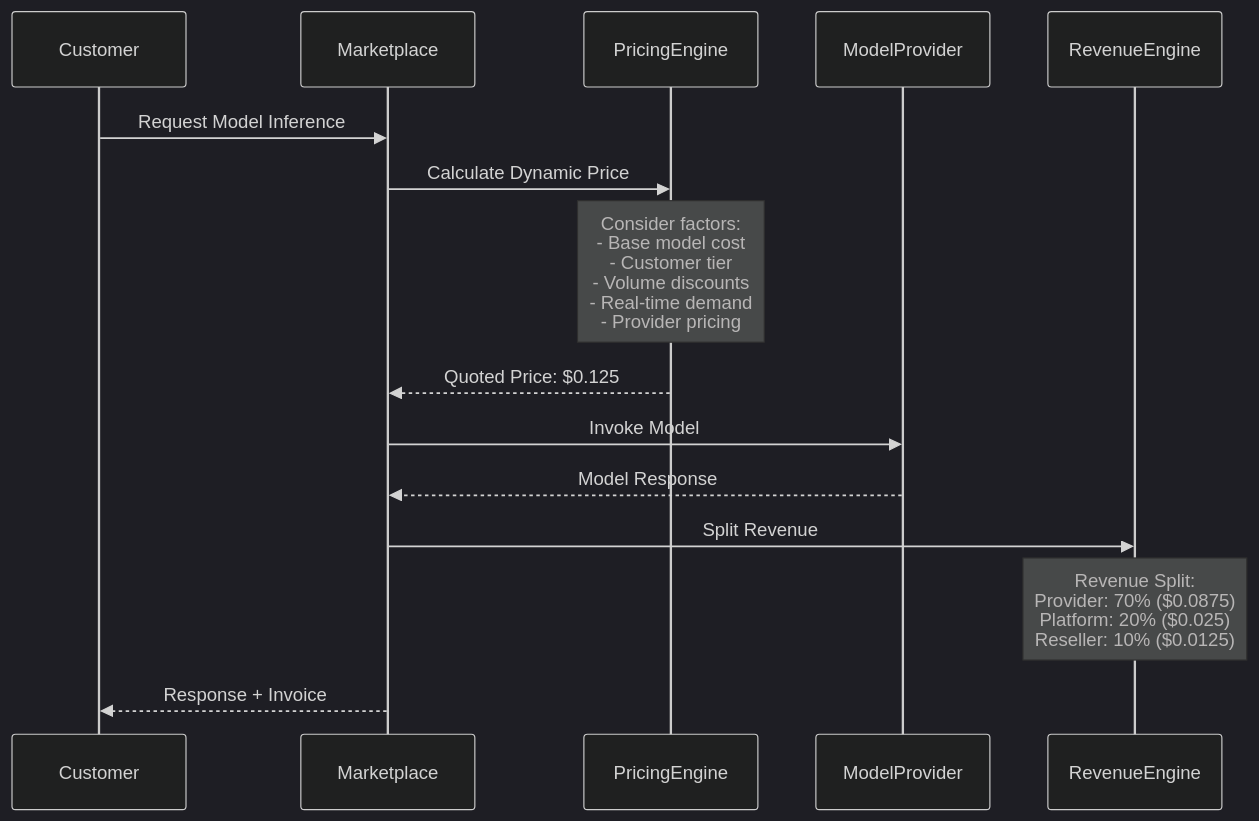
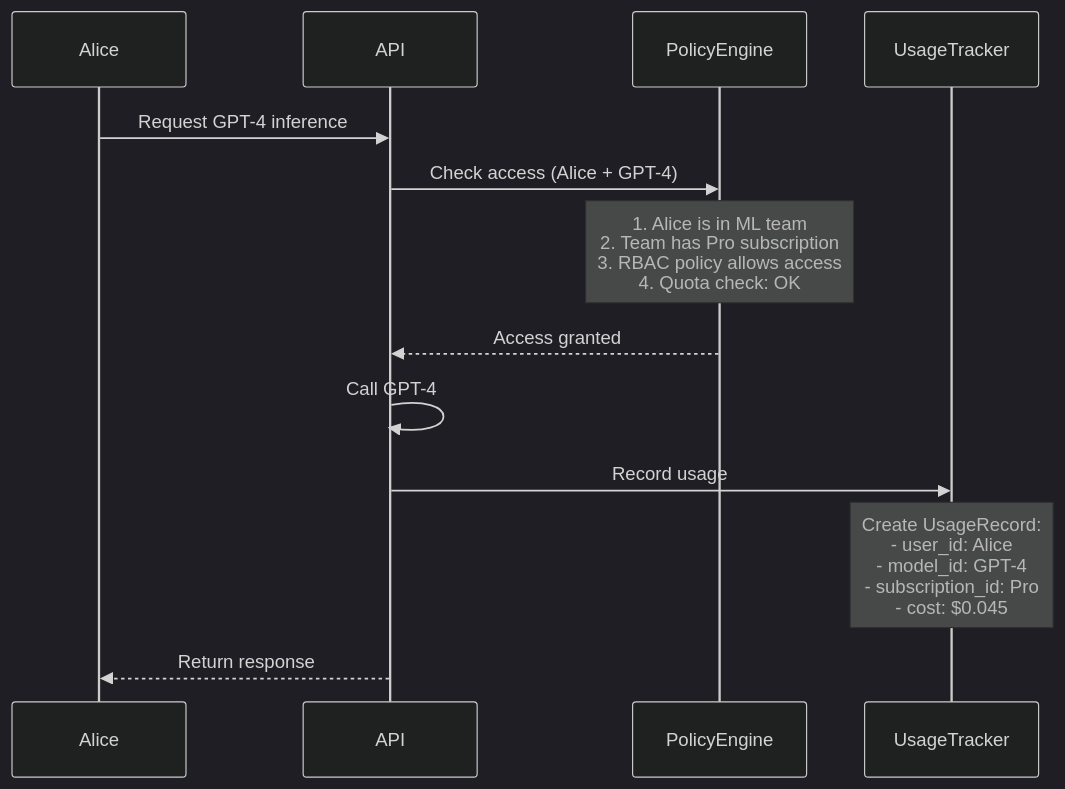
One commit to opendatahub-io/maas-billing changed the second of 2 diagrams in docs/proposals/maas-entity-architecture.md. Above: the diagram before and after it, drawn with Mermaid (dark theme). The commit also changed other lines of this file, not shown here.

First line of the commit message:
refactor: update MaaS Entity Architecture Proposal with core entities and relationships

````diff
--- a/docs/proposals/maas-entity-architecture.md
+++ b/docs/proposals/maas-entity-architecture.md
@@ -1180,22 +401,16 @@
 ```mermaid
 sequenceDiagram
-    participant Customer
-    participant Marketplace
-    participant PricingEngine
-    participant ModelProvider
-    participant RevenueEngine
+    participant Alice
+    participant API
+    participant PolicyEngine
+    participant UsageTracker
     
-    Customer->>Marketplace: Request Model Inference
-    Marketplace->>PricingEngine: Calculate Dynamic Price
-    
-    Note over PricingEngine: Consider factors:<br/>- Base model cost<br/>- Customer tier<br/>- Volume discounts<br/>- Real-time demand<br/>- Provider pricing
-    
-    PricingEngine-->>Marketplace: Quoted Price: $0.125
-    Marketplace->>ModelProvider: Invoke Model
-    ModelProvider-->>Marketplace: Model Response
-    
-    Marketplace->>RevenueEngine: Split Revenue
-    Note over RevenueEngine: Revenue Split:<br/>Provider: 70% ($0.0875)<br/>Platform: 20% ($0.025)<br/>Reseller: 10% ($0.0125)
-    
-    Marketplace-->>Customer: Response + Invoice
+    Alice->>API: Request GPT-4 inference
+    API->>PolicyEngine: Check access (Alice + GPT-4)
+    Note over PolicyEngine: 1. Alice is in ML team<br/>2. Team has Pro subscription<br/>3. RBAC policy allows access<br/>4. Quota check: OK
+    PolicyEngine-->>API: Access granted
+    API->>API: Call GPT-4
+    API->>UsageTracker: Record usage
+    Note over UsageTracker: Create UsageRecord:<br/>- user_id: Alice<br/>- model_id: GPT-4<br/>- subscription_id: Pro<br/>- cost: $0.045
+    API-->>Alice: Return response
 ```
````
